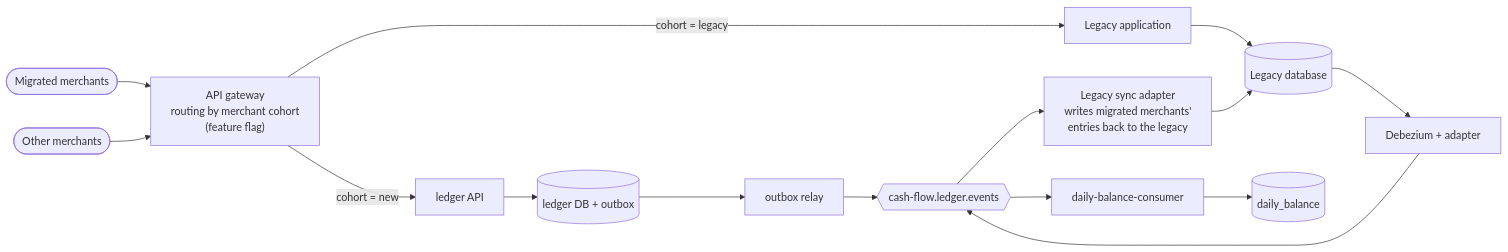
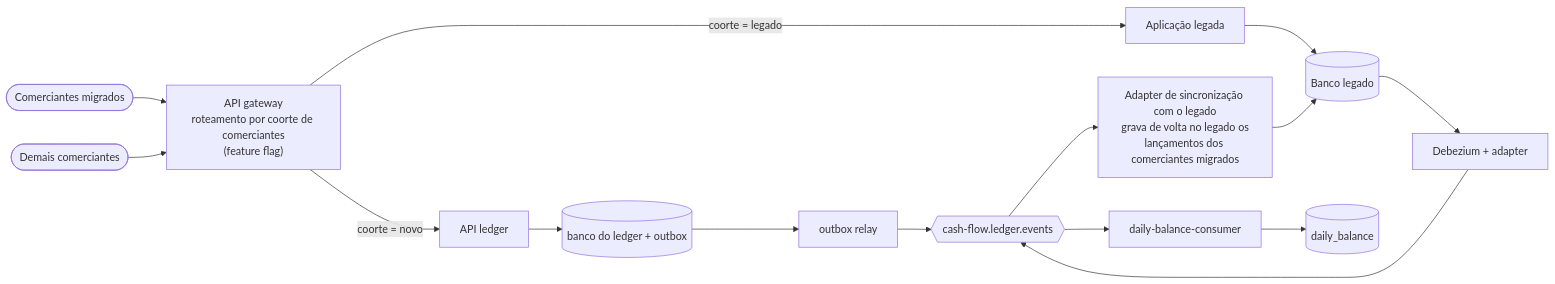
One commit to joaorizzont/cash-flow-test changed the fourth of 6 diagrams in docs/04-transition-architecture.md. Above: the diagram before and after it, drawn with Mermaid. The commit also changed other lines of this file and 23 other files, not shown here.

First line of the commit message:
docs: translate architecture documentation to portuguese

````diff
--- a/docs/04-transition-architecture.md
+++ b/docs/04-transition-architecture.md
@@ -77,14 +77,14 @@
 ```mermaid
 flowchart LR
-  M1(["Migrated merchants"]) --> GW["API gateway<br/>routing by merchant cohort<br/>(feature flag)"]
-  M2(["Other merchants"]) --> GW
-  GW -->|"cohort = new"| L["ledger API"]
-  GW -->|"cohort = legacy"| LA["Legacy application"]
-  L --> LDBN[("ledger DB + outbox")]
+  M1(["Comerciantes migrados"]) --> GW["API gateway<br/>roteamento por coorte de comerciantes<br/>(feature flag)"]
+  M2(["Demais comerciantes"]) --> GW
+  GW -->|"coorte = novo"| L["API ledger"]
+  GW -->|"coorte = legado"| LA["Aplicação legada"]
+  L --> LDBN[("banco do ledger + outbox")]
   LDBN --> R["outbox relay"] --> X{{"cash-flow.ledger.events"}}
-  LA --> LDB[("Legacy database")]
+  LA --> LDB[("Banco legado")]
   LDB --> CDC["Debezium + adapter"] --> X
   X --> C["daily-balance-consumer"] --> DDB[("daily_balance")]
-  X --> SYNC["Legacy sync adapter<br/>writes migrated merchants'<br/>entries back to the legacy"]
+  X --> SYNC["Adapter de sincronização com o legado<br/>grava de volta no legado os<br/>lançamentos dos comerciantes migrados"]
   SYNC --> LDB
 ```
````
